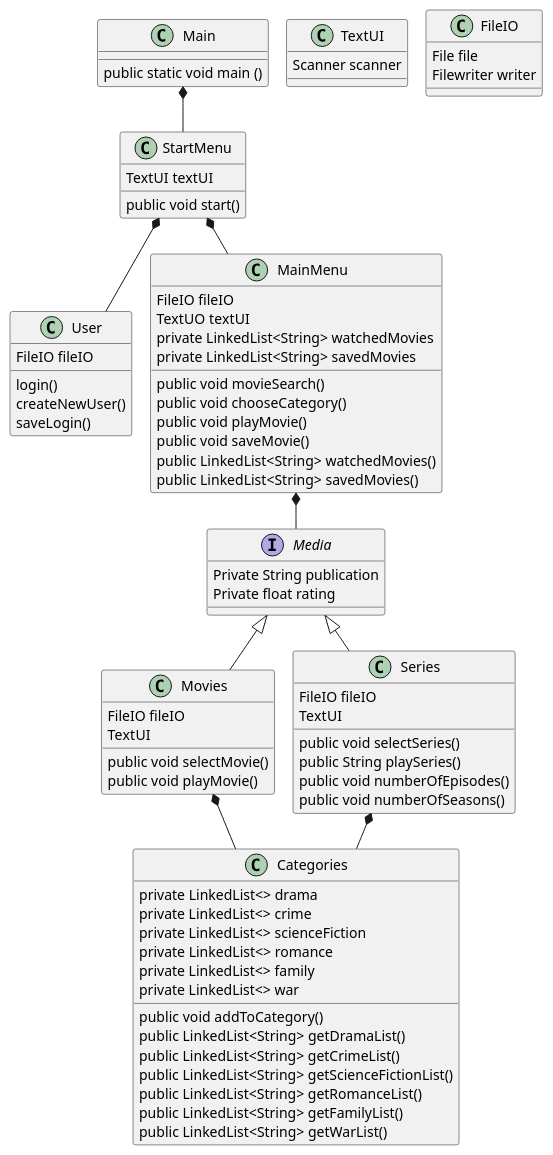
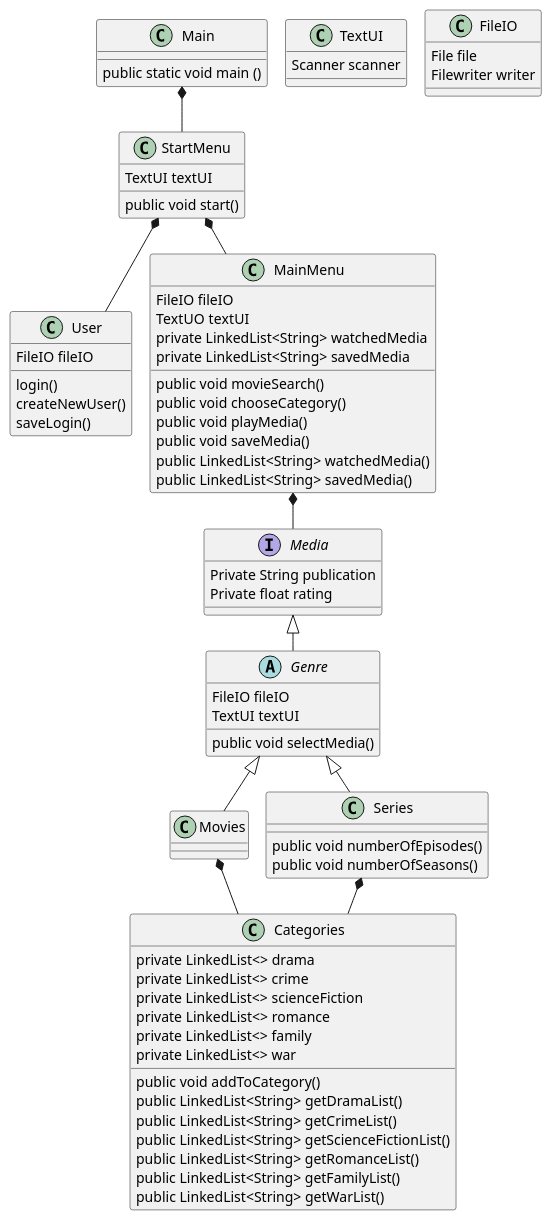
The diagram in .idea/Class.puml (MichellaBech/SP3), drawn with PlantUML before and after one commit.

```diff
--- a/.idea/Class.puml
+++ b/.idea/Class.puml
@@ -1,107 +1,106 @@
 @startuml
 'https://plantuml.com/class-diagram
 !pragma layout smetana
 
 class Movies
 class Series
 interface Media
+interface TextUI
 class Categories
 class User
 class StartMenu
 class MainMenu
 class Main
-class TextUI
-class FileIO
+interface FileIO
+Abstract class Genre
 
-
-Media <|-- Movies
-Media <|-- Series
+Media <|-- Genre
+Genre <|-- Movies
+Genre <|-- Series
 
 Movies *-- Categories
 Series *-- Categories
 StartMenu *-- User
 StartMenu *-- MainMenu
 Main *-- StartMenu
 MainMenu *-- Media
 
+Abstract class Genre {
+FileIO fileIO
+TextUI textUI
+public void selectMedia()
+}
 
 class TextUI
 {
 Scanner scanner
 }
 
 class FileIO {
 File file
 Filewriter writer
 }
 
 class Main {
 public static void main ()
 }
 
 class StartMenu {
 TextUI textUI
 public void start()
 
 }
 
 class Categories {
 private LinkedList<> drama
 private LinkedList<> crime
 private LinkedList<> scienceFiction
 private LinkedList<> romance
 private LinkedList<> family
 private LinkedList<> war
 
 public void addToCategory()
 public LinkedList<String> getDramaList()
 public LinkedList<String> getCrimeList()
 public LinkedList<String> getScienceFictionList()
 public LinkedList<String> getRomanceList()
 public LinkedList<String> getFamilyList()
 public LinkedList<String> getWarList()
 }
 
 Interface Media {
 Private String publication
 Private float rating
 }
 
 class Movies{
-FileIO fileIO
-TextUI
-public void selectMovie()
-public void playMovie()
+
 }
 
 class Series {
-FileIO fileIO
-TextUI
-public void selectSeries()
-public String playSeries()
 public void numberOfEpisodes()
 public void numberOfSeasons()
 }
 
 class User{
 FileIO fileIO
 login()
 createNewUser()
 saveLogin()
 }
 
 class MainMenu {
 FileIO fileIO
 TextUO textUI
-private LinkedList<String> watchedMovies
-private LinkedList<String> savedMovies
+private LinkedList<String> watchedMedia
+private LinkedList<String> savedMedia
 public void movieSearch()
 public void chooseCategory()
-public void playMovie()
-public void saveMovie()
-public LinkedList<String> watchedMovies()
-public LinkedList<String> savedMovies()
+public void playMedia()
+public void saveMedia()
+public LinkedList<String> watchedMedia()
+public LinkedList<String> savedMedia()
 }
 
 
 @enduml
```
